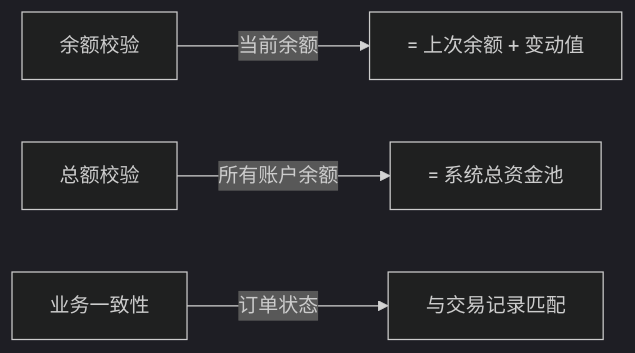
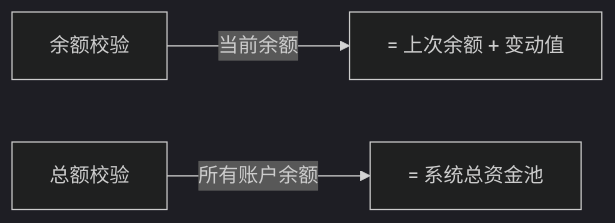
One commit to 87828943/iodraw-files changed the diagram in all/未命名.md. Above: the diagram before and after it, drawn with Mermaid (dark theme).

Commit message:
2025-07-01 10:36:03 update

````diff
--- a/all/未命名.md
+++ b/all/未命名.md
@@ -1,6 +1,5 @@
 ```mermaid
 graph LR
     A[余额校验] -->|当前余额| B[= 上次余额 + 变动值]
     C[总额校验] -->|所有账户余额| D[= 系统总资金池]
-    E[业务一致性] -->|订单状态| F[与交易记录匹配]
 ```
````
